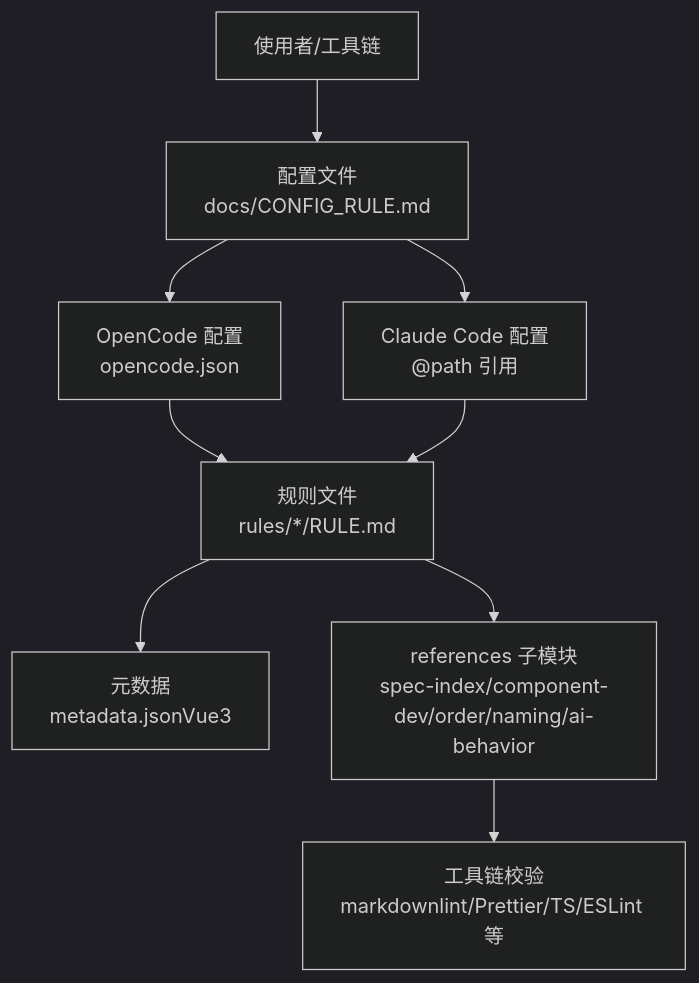
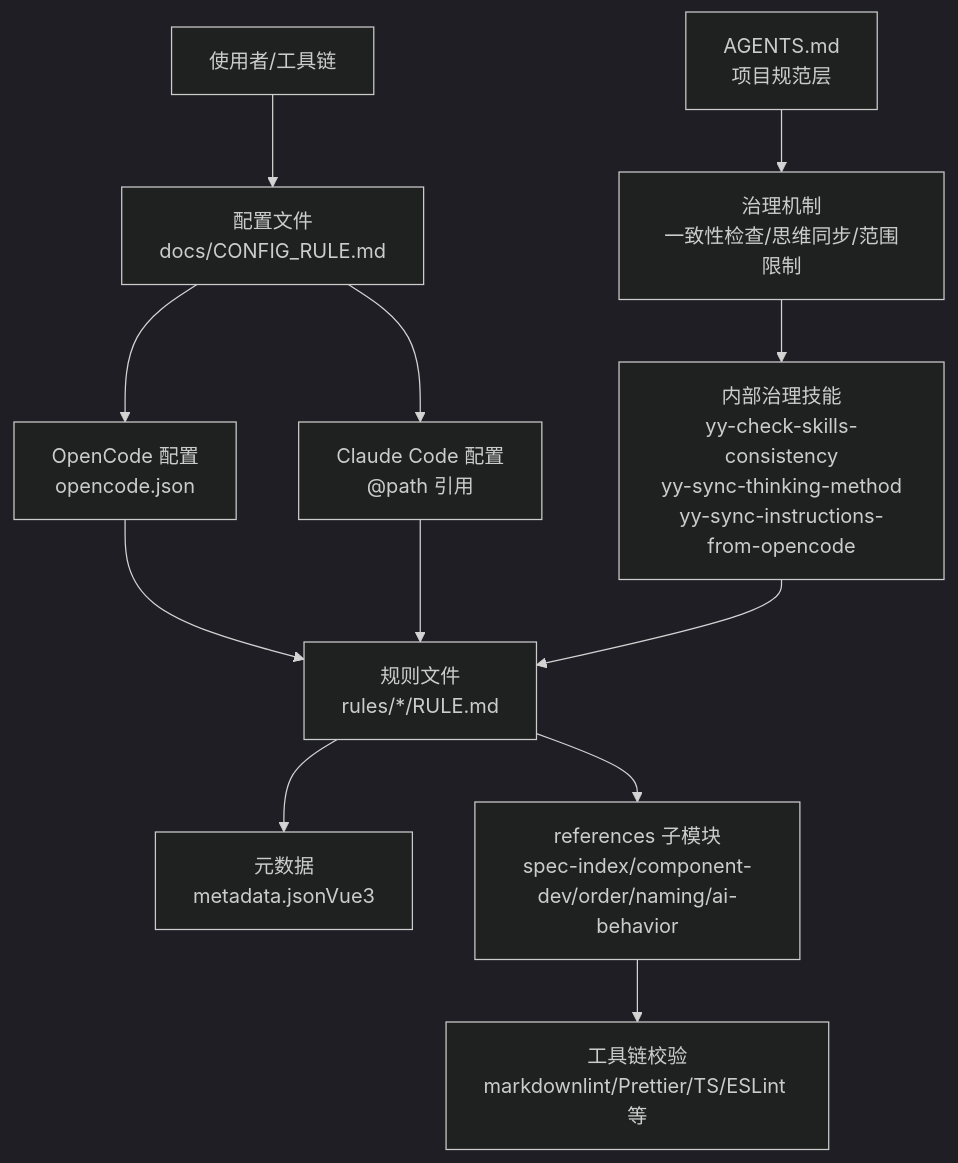
The second of 6 diagrams in .qoder/repowiki/zh/content/规则系统/规则系统.md (bulls-cows/skills), drawn with Mermaid (dark theme) before and after one commit. The commit also changed other lines of this file and 3 other files, not shown here.

````diff
--- a/.qoder/repowiki/zh/content/规则系统/规则系统.md
+++ b/.qoder/repowiki/zh/content/规则系统/规则系统.md
@@ -138,11 +175,14 @@
 ```mermaid
 graph TB
 User["使用者/工具链"] --> Config["配置文件<br/>docs/CONFIG_RULE.md"]
 Config --> OpenCode["OpenCode 配置<br/>opencode.json"]
 Config --> Claude["Claude Code 配置<br/>@path 引用"]
 OpenCode --> Rules["规则文件<br/>rules/*/RULE.md"]
 Claude --> Rules
 Rules --> Meta["元数据<br/>metadata.jsonVue3"]
 Rules --> Refs["references 子模块<br/>spec-index/component-dev/order/naming/ai-behavior"]
 Refs --> Lint["工具链校验<br/>markdownlint/Prettier/TS/ESLint 等"]
+AGENTS["AGENTS.md<br/>项目规范层"] --> Governance["治理机制<br/>一致性检查/思维同步/范围限制"]
+Governance --> InternalSkills["内部治理技能<br/>yy-check-skills-consistency<br/>yy-sync-thinking-method<br/>yy-sync-instructions-from-opencode"]
+InternalSkills --> Rules
 ```
````
